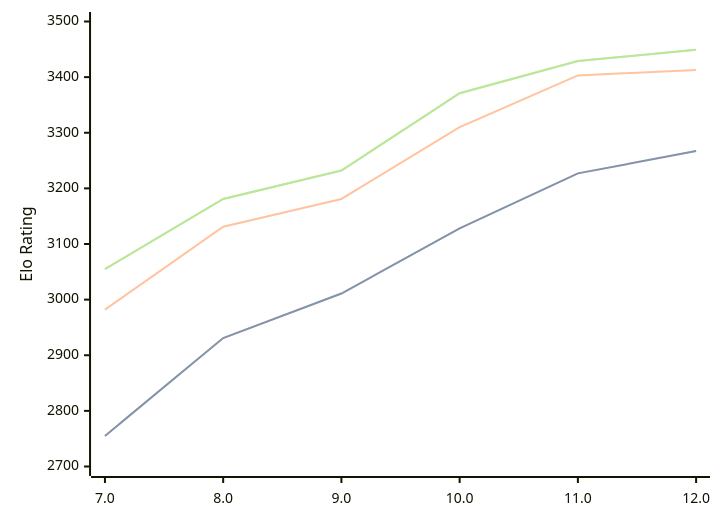
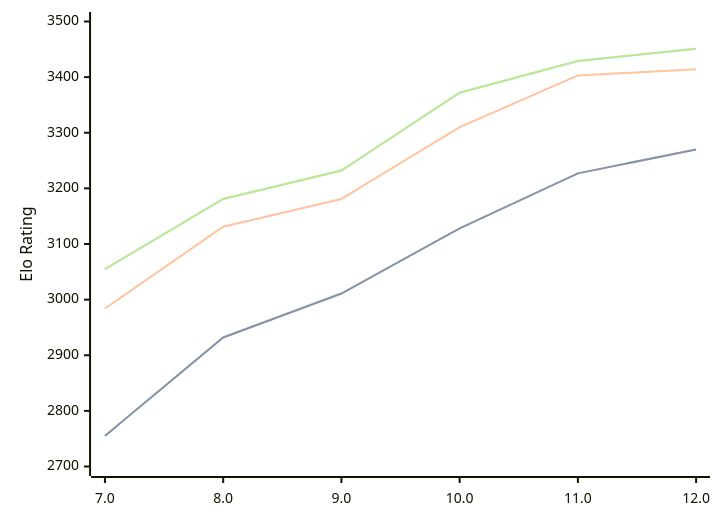
Before and after one commit to computer-chess-index/cci: the diagram in engines/Tcheran.md, drawn with Mermaid. The commit also changed other lines of this file, not shown here.

Commit message:
Update CCI Ratings (ELO VLTC) - 2026-05-21

````diff
--- a/engines/Tcheran.md
+++ b/engines/Tcheran.md
@@ -50,11 +50,11 @@
 ```mermaid
 %%{init: {"theme":"base","themeVariables":{"seriesColors:['#a3a3a3','#222221','#faa371']}}}%%
 xychart-beta
   x-axis ["7.0", "8.0", "9.0", "10.0", "11.0", "12.0"]
   y-axis "Elo Rating" 2700 --> 3500
-  line "STC (8.0+0.08s)" [2755, 2931, 3011, 3128, 3227, 3267]
-  line "STC (8.0+0.08s)" [2755, 2931, 3011, 3128, 3227, 3267]
-  line "LTC (60.0+0.60s)" [2982, 3131, 3181, 3310, 3403, 3413]
-  line "VLTC (2m24s+1.12s)" [3055, 3181, 3232, 3371, 3429, 3449]
-  line "VLTC (2m24s+1.12s)" [3055, 3181, 3232, 3371, 3429, 3449]
+  line "STC (8.0+0.08s)" [2755, 2932, 3011, 3128, 3227, 3270]
+  line "STC (8.0+0.08s)" [2755, 2932, 3011, 3128, 3227, 3270]
+  line "LTC (60.0+0.60s)" [2984, 3131, 3181, 3310, 3403, 3414]
+  line "VLTC (2m24s+1.12s)" [3055, 3181, 3232, 3372, 3429, 3451]
+  line "VLTC (2m24s+1.12s)" [3055, 3181, 3232, 3372, 3429, 3451]
 ```
````
